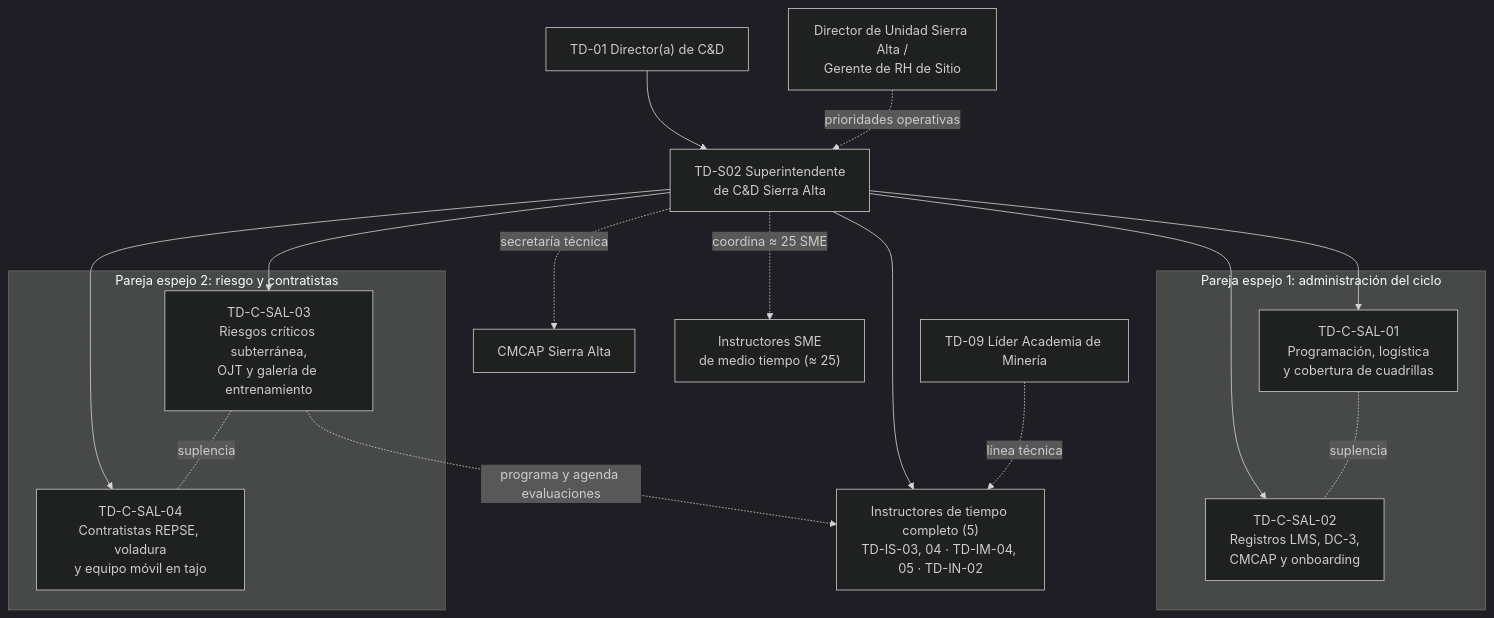
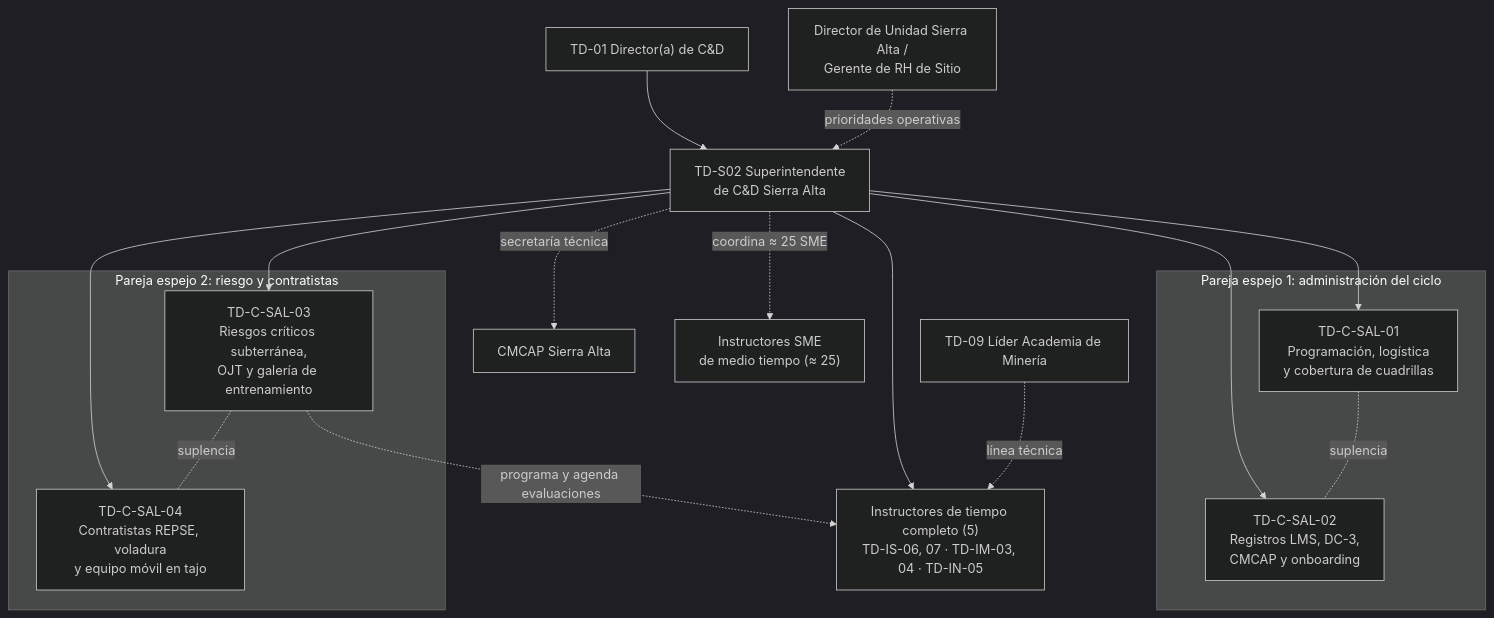
Before and after one commit to diegocardonaguzman03-maker/HR: the second of 5 diagrams in 03-department-design/org/04-equipos-de-sitio.md, drawn with Mermaid (dark theme). The commit also changed other lines of this file and 1 other file, not shown here.

````diff
--- a/03-department-design/org/04-equipos-de-sitio.md
+++ b/03-department-design/org/04-equipos-de-sitio.md
@@ -74,26 +74,26 @@
 ```mermaid
 flowchart TB
     DIR["TD-01 Director(a) de C&D"]
     DS["Director de Unidad Sierra Alta /<br/>Gerente de RH de Sitio"]
     CM["CMCAP Sierra Alta"]
     AM["TD-09 Líder Academia de Minería"]
     S["TD-S02 Superintendente<br/>de C&D Sierra Alta"]
     DIR --> S
     DS -. "prioridades operativas" .-> S
     S -. "secretaría técnica" .-> CM
     subgraph P1["Pareja espejo 1: administración del ciclo"]
         C1["TD-C-SAL-01<br/>Programación, logística<br/>y cobertura de cuadrillas"]
         C2["TD-C-SAL-02<br/>Registros LMS, DC-3,<br/>CMCAP y onboarding"]
     end
     subgraph P2["Pareja espejo 2: riesgo y contratistas"]
         C3["TD-C-SAL-03<br/>Riesgos críticos subterránea,<br/>OJT y galería de entrenamiento"]
         C4["TD-C-SAL-04<br/>Contratistas REPSE, voladura<br/>y equipo móvil en tajo"]
     end
     S --> C1 & C2 & C3 & C4
     C1 -. "suplencia" .- C2
     C3 -. "suplencia" .- C4
-    S --> I["Instructores de tiempo completo (5)<br/>TD-IS-03, 04 · TD-IM-04, 05 · TD-IN-02"]
+    S --> I["Instructores de tiempo completo (5)<br/>TD-IS-06, 07 · TD-IM-03, 04 · TD-IN-05"]
     C3 -. "programa y agenda evaluaciones" .-> I
     AM -. "línea técnica" .-> I
     S -. "coordina ≈ 25 SME" .-> SME["Instructores SME<br/>de medio tiempo (≈ 25)"]
 ```
````
